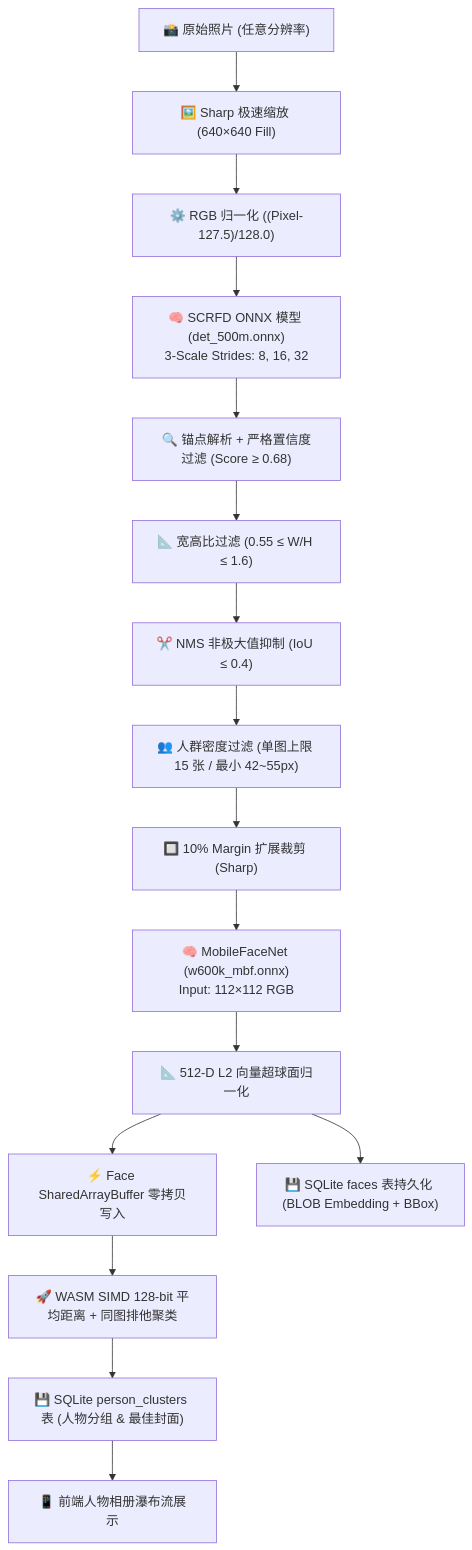
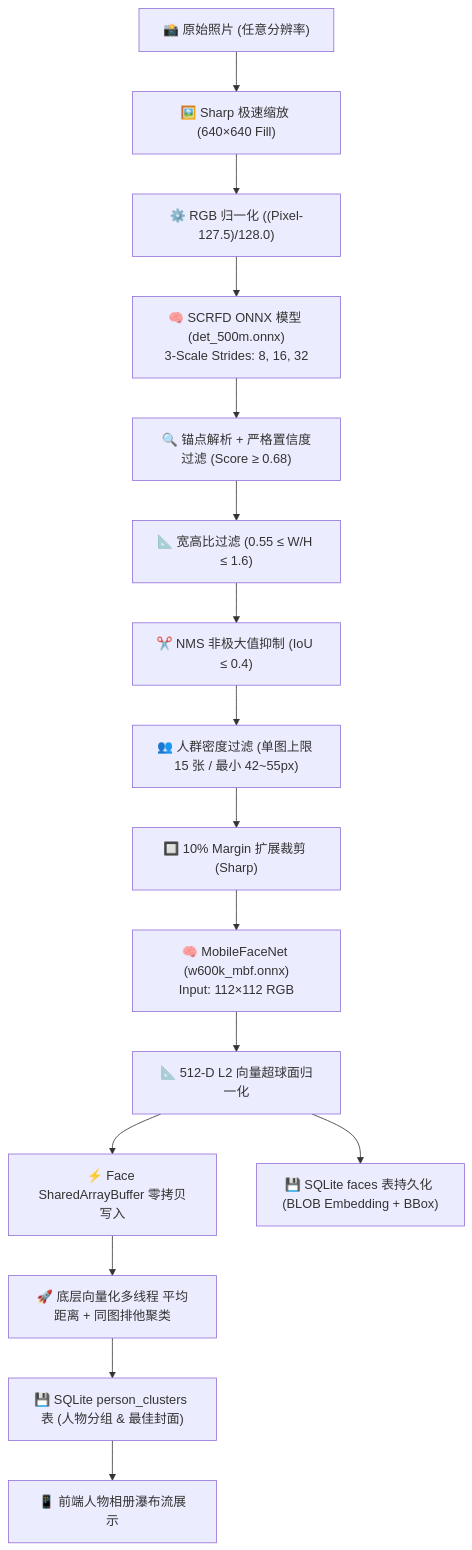
One commit to NovaMindLab/AIShare-Grabber changed the first of 3 diagrams in wiki/features/face_recognition.md. Above: the diagram before and after it, drawn with Mermaid. The commit also changed other lines of this file and 5 other files, not shown here.

Commit message:
docs(wiki): sanitize WASM SIMD terminology to high-level vector acceleration and zero-copy architecture

````diff
--- a/wiki/features/face_recognition.md
+++ b/wiki/features/face_recognition.md
@@ -31,22 +31,22 @@
 ```mermaid
 flowchart TD
     RawImage["📸 原始照片 (任意分辨率)"] --> SharpResize["🖼️ Sharp 极速缩放 (640×640 Fill)"]
     SharpResize --> PreprocessScrfd["⚙️ RGB 归一化 ((Pixel-127.5)/128.0)"]
     PreprocessScrfd --> SCRFDEngine["🧠 SCRFD ONNX 模型 (det_500m.onnx)<br/>3-Scale Strides: 8, 16, 32"]
     
     SCRFDEngine --> AnchorFilter["🔍 锚点解析 + 严格置信度过滤 (Score ≥ 0.68)"]
     AnchorFilter --> RatioFilter["📐 宽高比过滤 (0.55 ≤ W/H ≤ 1.6)"]
     RatioFilter --> NMS["✂️ NMS 非极大值抑制 (IoU ≤ 0.4)"]
     NMS --> CrowdFilter["👥 人群密度过滤 (单图上限 15 张 / 最小 42~55px)"]
     
     CrowdFilter --> ROICrop["🔲 10% Margin 扩展裁剪 (Sharp)"]
     ROICrop --> MobileFaceNet["🧠 MobileFaceNet (w600k_mbf.onnx)<br/>Input: 112×112 RGB"]
     MobileFaceNet --> L2Norm["📐 512-D L2 向量超球面归一化"]
     
     L2Norm --> SAB["⚡ Face SharedArrayBuffer 零拷贝写入"]
     L2Norm --> SQLiteFaces["💾 SQLite faces 表持久化 (BLOB Embedding + BBox)"]
     
-    SAB --> WASMClustering["🚀 WASM SIMD 128-bit 平均距离 + 同图排他聚类"]
-    WASMClustering --> SQLiteClusters["💾 SQLite person_clusters 表 (人物分组 & 最佳封面)"]
+    SAB --> VectorClustering["🚀 底层向量化多线程 平均距离 + 同图排他聚类"]
+    VectorClustering --> SQLiteClusters["💾 SQLite person_clusters 表 (人物分组 & 最佳封面)"]
     SQLiteClusters --> UIPeopleTab["📱 前端人物相册瀑布流展示"]
 ```
````
